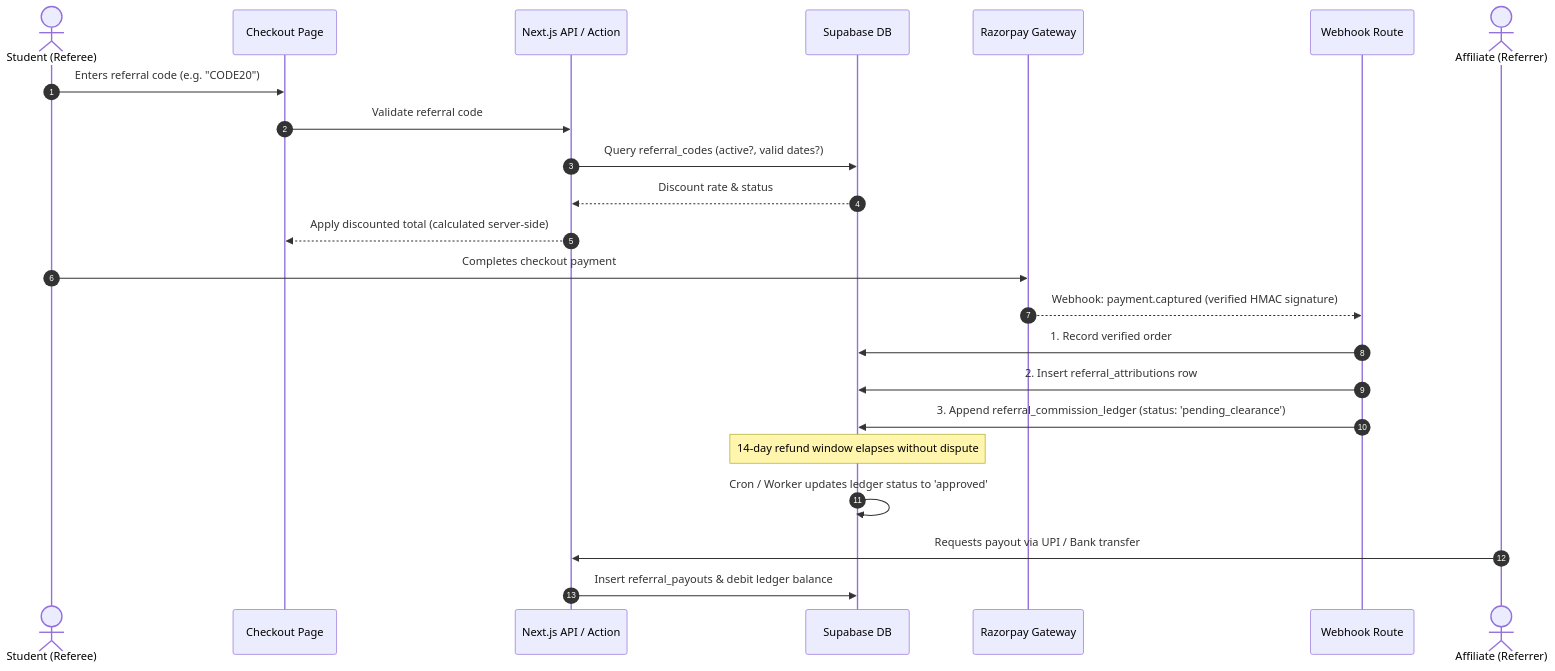
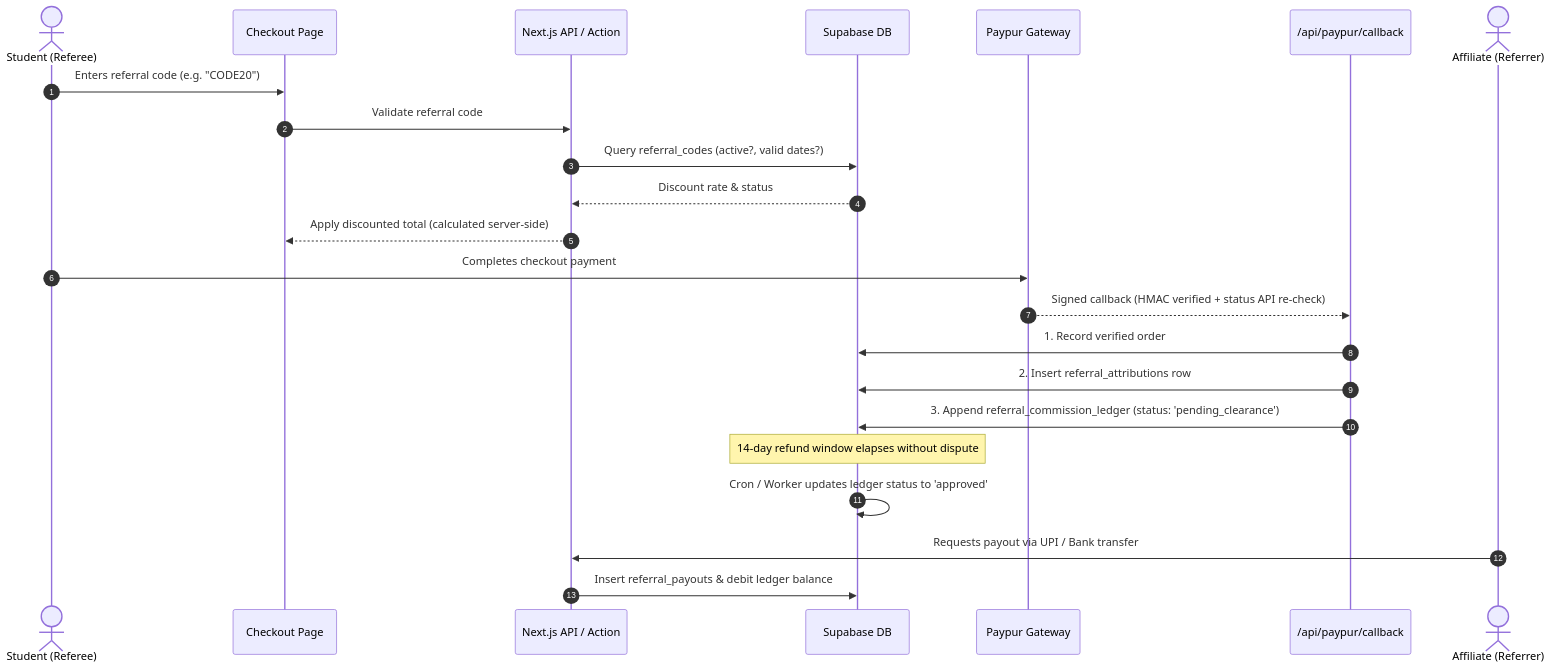
The diagram in docs/REFERRAL_ARCHITECTURE.md (dheeraj5988/gradient_code), drawn with Mermaid before and after one commit. The commit also changed other lines of this file and 13 other files, not shown here.

First line of the commit message:
payments-paypur-only: remove Razorpay remnants, fix stale docs

````diff
--- a/docs/REFERRAL_ARCHITECTURE.md
+++ b/docs/REFERRAL_ARCHITECTURE.md
@@ -33,30 +33,30 @@
 ```mermaid
 sequenceDiagram
     autonumber
     actor Referee as Student (Referee)
     participant UI as Checkout Page
     participant Server as Next.js API / Action
     participant DB as Supabase DB
-    participant PG as Razorpay Gateway
-    participant Webhook as Webhook Route
+    participant PG as Paypur Gateway
+    participant Webhook as /api/paypur/callback
     actor Referrer as Affiliate (Referrer)
 
     Referee->>UI: Enters referral code (e.g. "CODE20")
     UI->>Server: Validate referral code
     Server->>DB: Query referral_codes (active?, valid dates?)
     DB-->>Server: Discount rate & status
     Server-->>UI: Apply discounted total (calculated server-side)
 
     Referee->>PG: Completes checkout payment
-    PG-->>Webhook: Webhook: payment.captured (verified HMAC signature)
+    PG-->>Webhook: Signed callback (HMAC verified + status API re-check)
     
     Webhook->>DB: 1. Record verified order
     Webhook->>DB: 2. Insert referral_attributions row
     Webhook->>DB: 3. Append referral_commission_ledger (status: 'pending_clearance')
 
     Note over DB: 14-day refund window elapses without dispute
     
     DB->>DB: Cron / Worker updates ledger status to 'approved'
     Referrer->>Server: Requests payout via UPI / Bank transfer
     Server->>DB: Insert referral_payouts & debit ledger balance
 ```
````
